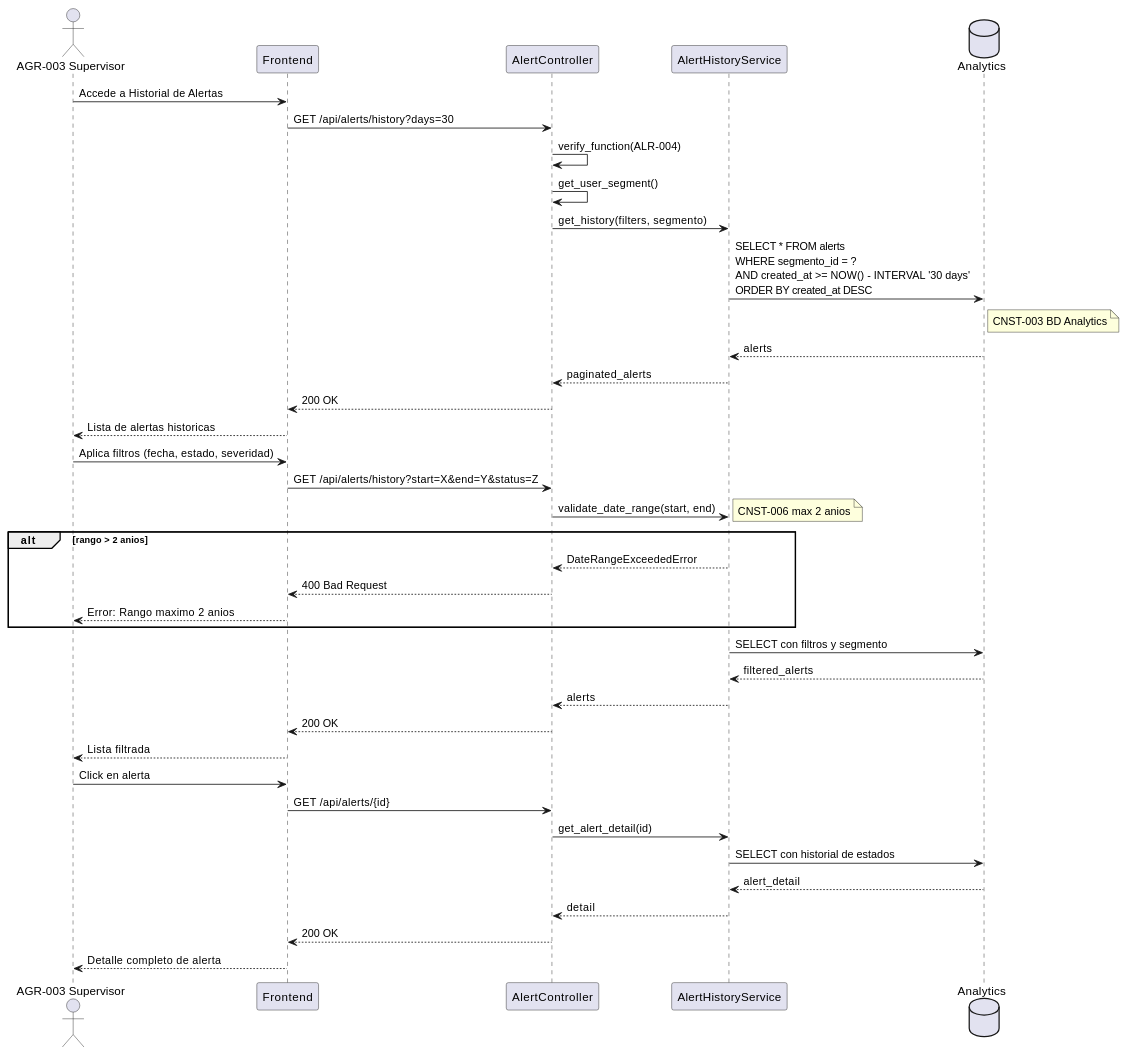
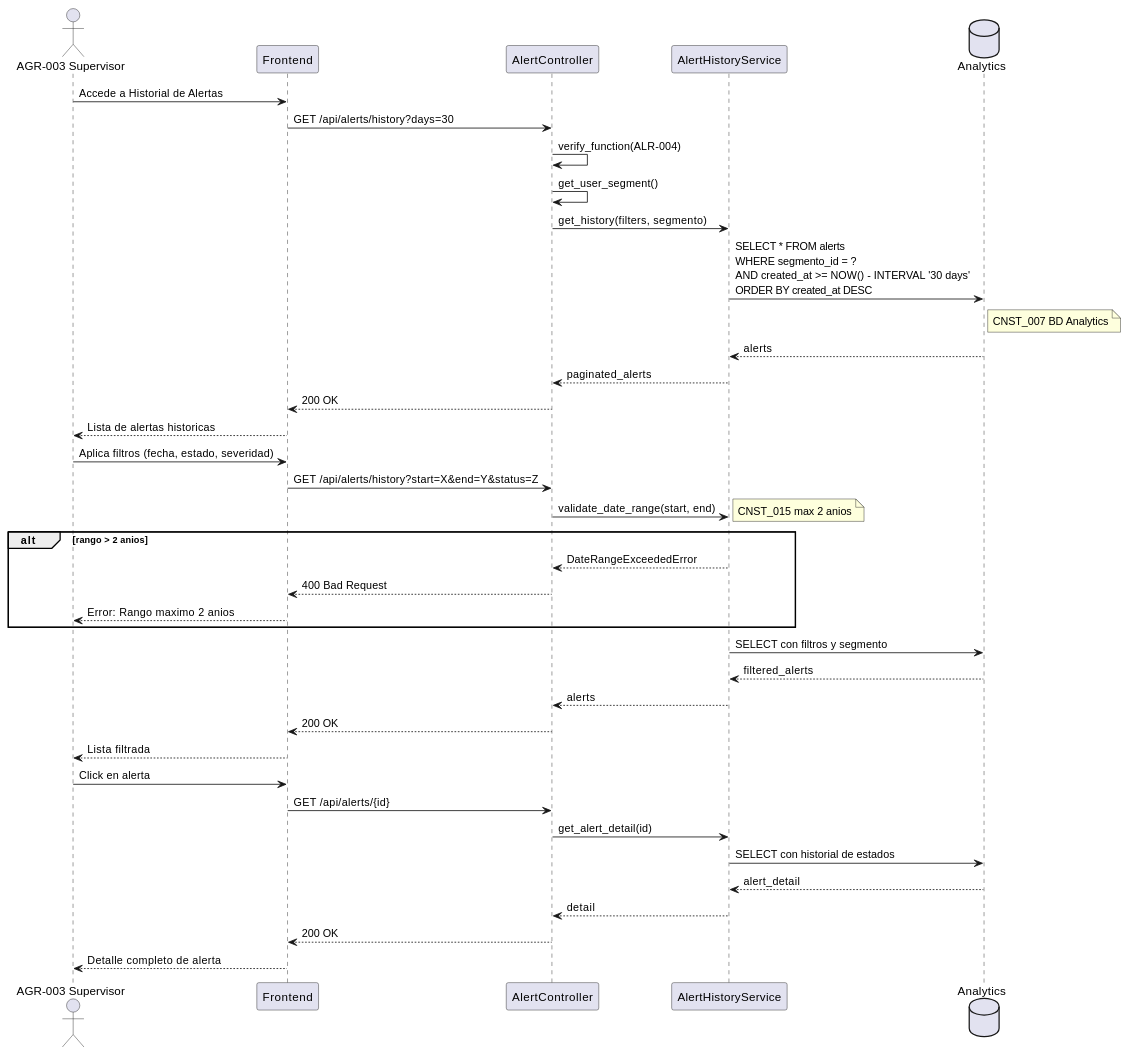
The second of 3 diagrams in source/requisitos/casos_uso/alerts/UC_ALR_04_Ver_Historial_Alertas.rst (jcg-admin/IACT-docs), drawn with PlantUML before and after one commit. The commit also changed other lines of this file and 67 other files, not shown here.

```diff
--- a/source/requisitos/casos_uso/alerts/UC_ALR_04_Ver_Historial_Alertas.rst
+++ b/source/requisitos/casos_uso/alerts/UC_ALR_04_Ver_Historial_Alertas.rst
@@ -153,50 +153,50 @@
 .. uml::
    :caption: Diagrama de Secuencia - UC_ALR_04
 
    @startuml
    actor "AGR-003 Supervisor" as S
    participant "Frontend" as FE
    participant "AlertController" as AC
    participant "AlertHistoryService" as AHS
    database "Analytics" as DB
 
    S -> FE: Accede a Historial de Alertas
    FE -> AC: GET /api/alerts/history?days=30
    AC -> AC: verify_function(ALR-004)
    AC -> AC: get_user_segment()
 
    AC -> AHS: get_history(filters, segmento)
    AHS -> DB: SELECT * FROM alerts\nWHERE segmento_id = ?\nAND created_at >= NOW() - INTERVAL '30 days'\nORDER BY created_at DESC
-   note right of DB: CNST-003 BD Analytics
+   note right of DB: CNST_007 BD Analytics
    DB --> AHS: alerts
    AHS --> AC: paginated_alerts
    AC --> FE: 200 OK
    FE --> S: Lista de alertas historicas
 
    S -> FE: Aplica filtros (fecha, estado, severidad)
    FE -> AC: GET /api/alerts/history?start=X&end=Y&status=Z
 
    AC -> AHS: validate_date_range(start, end)
-   note right: CNST-006 max 2 anios
+   note right: CNST_015 max 2 anios
 
    alt rango > 2 anios
      AHS --> AC: DateRangeExceededError
      AC --> FE: 400 Bad Request
      FE --> S: Error: Rango maximo 2 anios
    end
 
    AHS -> DB: SELECT con filtros y segmento
    DB --> AHS: filtered_alerts
    AHS --> AC: alerts
    AC --> FE: 200 OK
    FE --> S: Lista filtrada
 
    S -> FE: Click en alerta
    FE -> AC: GET /api/alerts/{id}
    AC -> AHS: get_alert_detail(id)
    AHS -> DB: SELECT con historial de estados
    DB --> AHS: alert_detail
    AHS --> AC: detail
    AC --> FE: 200 OK
    FE --> S: Detalle completo de alerta
    @enduml
```
